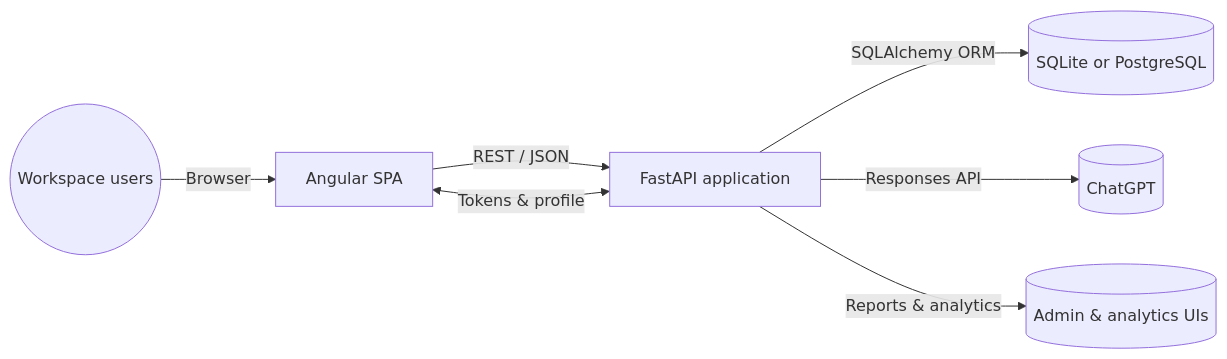
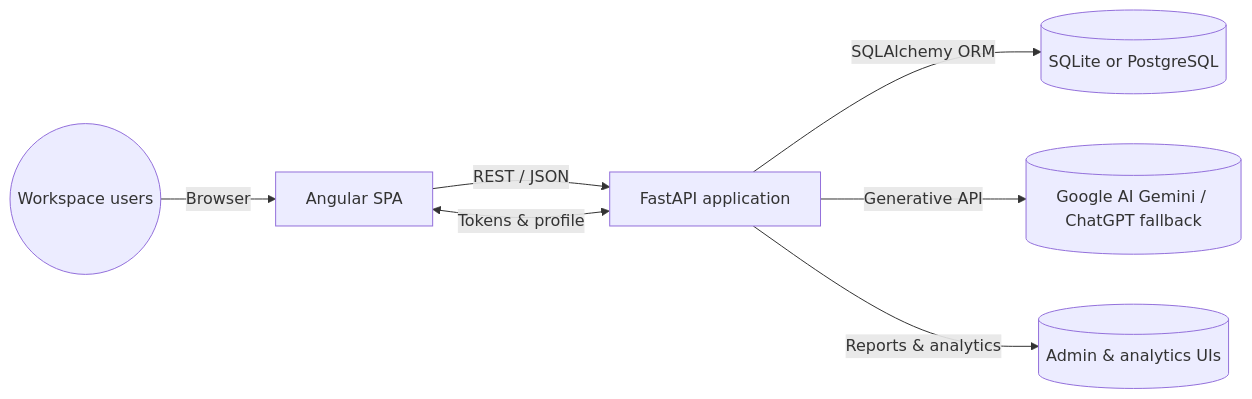
The diagram in docs/architecture.md (ist-h-i/todo-generator), drawn with Mermaid before and after one commit. The commit also changed other lines of this file and 23 other files, not shown here.

````diff
--- a/docs/architecture.md
+++ b/docs/architecture.md
@@ -6,9 +6,9 @@
 ```mermaid
 flowchart LR
     User((Workspace users)) -->|Browser| Frontend[Angular SPA]
     Frontend -->|REST / JSON| Backend[FastAPI application]
     Backend -->|SQLAlchemy ORM| Database[(SQLite or PostgreSQL)]
-    Backend -->|Responses API| OpenAI[(ChatGPT)]
+    Backend -->|Generative API| Gemini[(Google AI Gemini / ChatGPT fallback)]
     Backend <-->|Tokens & profile| Frontend
     Backend -->|Reports & analytics| AdminTools[(Admin & analytics UIs)]
 ```
````
